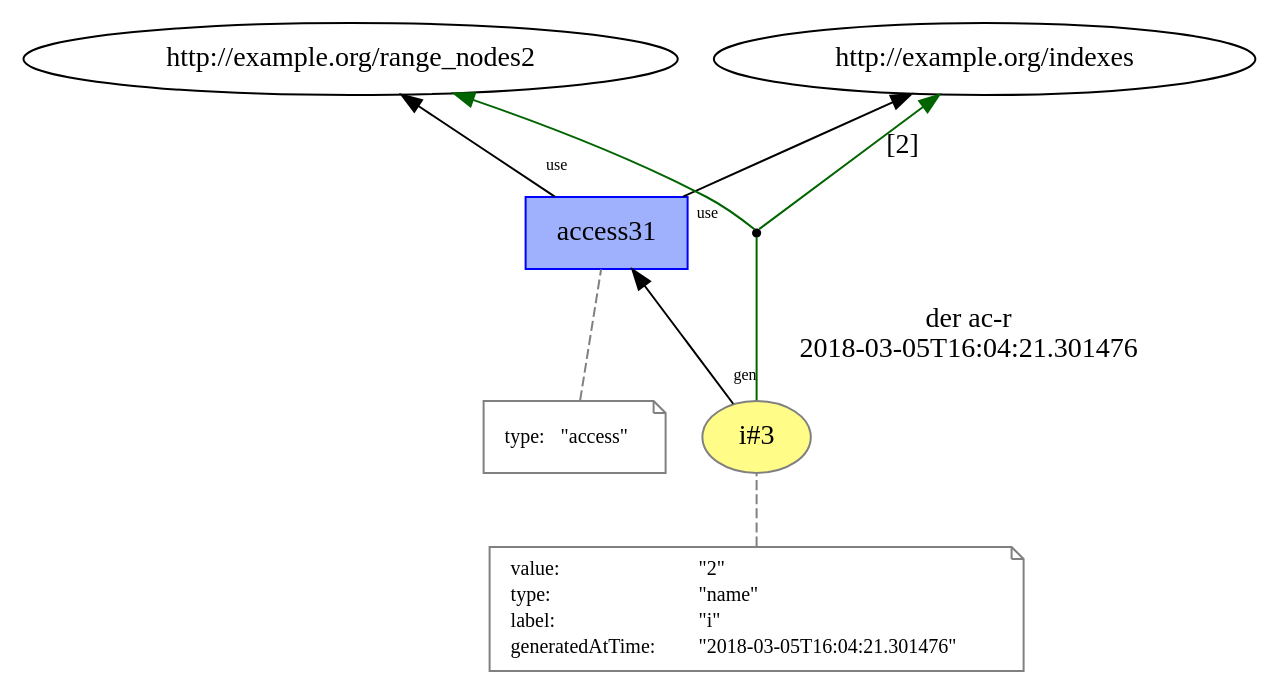
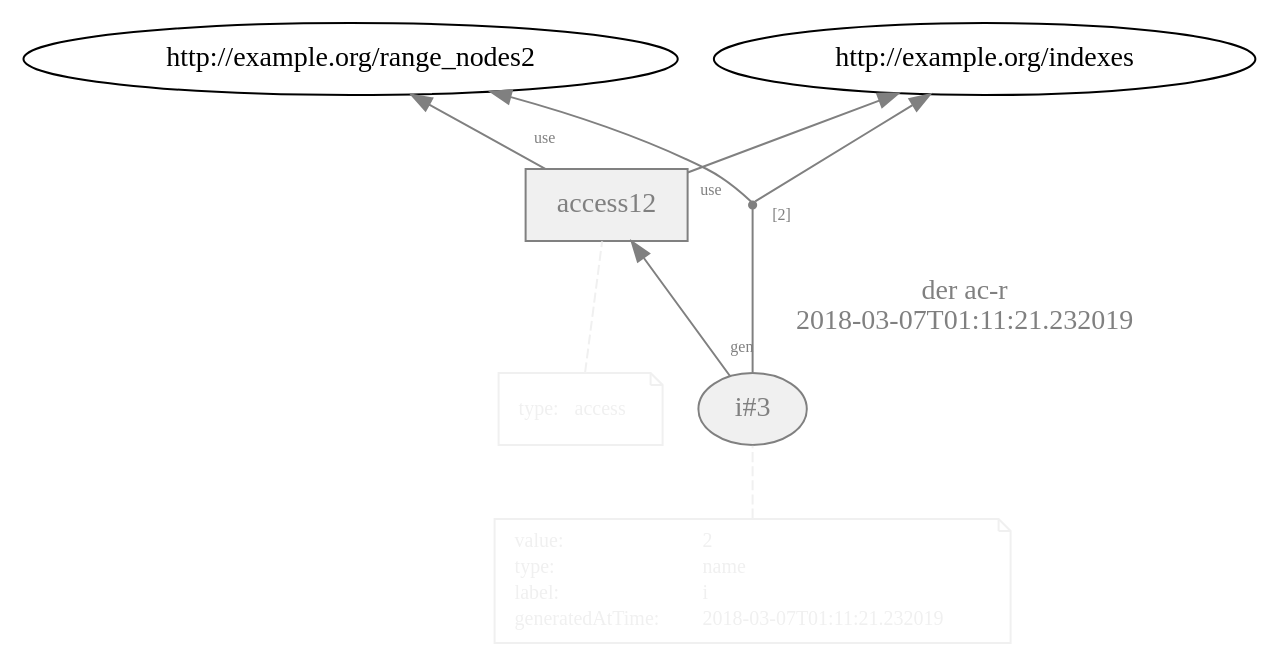
One commit to dew-uff/versioned-prov changed the diagram in images/versioned_prov/temp/L11__loop_access_3.dot. Above: the diagram before and after it, drawn with Graphviz. The commit also changed 580 other files, not shown here.

```diff
--- a/images/versioned_prov/temp/L11__loop_access_3.dot
+++ b/images/versioned_prov/temp/L11__loop_access_3.dot
@@ -1,38 +1,38 @@
 digraph "PROV" { size="16,12"; rankdir="BT";
-"http://example.org/i#3" [fillcolor="#FFFC87",color="#808080",style="filled",label="i#3",URL="http://example.org/i#3"]
-"-attrs0" [color="gray",shape="note",fontsize="10",fontcolor="black",label=<<TABLE cellpadding="0" border="0">
+"http://example.org/i#3" [fillcolor="#F0F0F0",color="gray",style="filled",label="i#3",URL="http://example.org/i#3",fontcolor="gray"]
+"-attrs0" [color="#F0F0F0",shape="note",fontsize="10",fontcolor="black",label=<<TABLE cellpadding="0" border="0">
 	<TR>
-	    <TD align="left">value:</TD>
-	    <TD align="left">&quot;2&quot;</TD>
+	    <TD align="left"><font color="#F0F0F0">value:</font></TD>
+	    <TD align="left"><font color="#F0F0F0">2</font></TD>
 	</TR>
 	<TR>
-	    <TD align="left">type:</TD>
-	    <TD align="left">&quot;name&quot;</TD>
+	    <TD align="left"><font color="#F0F0F0">type:</font></TD>
+	    <TD align="left"><font color="#F0F0F0">name</font></TD>
 	</TR>
 	<TR>
-	    <TD align="left">label:</TD>
-	    <TD align="left">&quot;i&quot;</TD>
+	    <TD align="left"><font color="#F0F0F0">label:</font></TD>
+	    <TD align="left"><font color="#F0F0F0">i</font></TD>
 	</TR>
 	<TR>
-	    <TD align="left">generatedAtTime:</TD>
-	    <TD align="left">&quot;2018-03-05T16:04:21.301476&quot;</TD>
+	    <TD align="left"><font color="#F0F0F0">generatedAtTime:</font></TD>
+	    <TD align="left"><font color="#F0F0F0">2018-03-07T01:11:21.232019</font></TD>
 	</TR>
 </TABLE>>]
-"-attrs0" -> "http://example.org/i#3" [color="gray",style="dashed",arrowhead="none"]
-"http://example.org/access31" [fillcolor="#9FB1FC",color="#0000FF",shape="polygon",sides="4",style="filled",label="access31",URL="http://example.org/access31"]
-"-attrs1" [color="gray",shape="note",fontsize="10",fontcolor="black",label=<<TABLE cellpadding="0" border="0">
+"-attrs0" -> "http://example.org/i#3" [color="#F0F0F0",style="dashed",arrowhead="none"]
+"http://example.org/access12" [fillcolor="#F0F0F0",color="gray",shape="polygon",sides="4",style="filled",label="access12",URL="http://example.org/access12",fontcolor="gray"]
+"-attrs1" [color="#F0F0F0",shape="note",fontsize="10",fontcolor="black",label=<<TABLE cellpadding="0" border="0">
 	<TR>
-	    <TD align="left">type:</TD>
-	    <TD align="left">&quot;access&quot;</TD>
+	    <TD align="left"><font color="#F0F0F0">type:</font></TD>
+	    <TD align="left"><font color="#F0F0F0">access</font></TD>
 	</TR>
 </TABLE>>]
-"-attrs1" -> "http://example.org/access31" [color="gray",style="dashed",arrowhead="none"]
-"http://example.org/access31" -> "http://example.org/range_nodes2" [labelfontsize="8",labeldistance="1.5",labelangle="60.0",rotation="20",taillabel="use"]
-"bn0" [shape="point",label=""]
+"-attrs1" -> "http://example.org/access12" [color="#F0F0F0",style="dashed",arrowhead="none"]
+"http://example.org/access12" -> "http://example.org/range_nodes2" [labelfontsize="8",labeldistance="1.5",labelangle="60.0",rotation="20",taillabel="use",fontcolor="gray",color="gray"]
+"bn0" [shape="point",label="",fontcolor="gray",color="gray"]
 "http://example.org/i#3" -> "bn0" [arrowhead="none",label="der ac-r
-2018-03-05T16:04:21.301476",color="darkgreen"]
-"bn0" -> "http://example.org/indexes" [labelfontsize="8",labeldistance="1.5",color="darkgreen",labelangle="60.0",rotation="20",label="[2]"]
-"bn0" -> "http://example.org/range_nodes2" [color="darkgreen"]
-"http://example.org/i#3" -> "http://example.org/access31" [labelfontsize="8",labeldistance="1.5",labelangle="60.0",rotation="20",taillabel="gen"]
-"http://example.org/access31" -> "http://example.org/indexes" [labelfontsize="8",labeldistance="1.5",labelangle="60.0",rotation="20",taillabel="use"]
+2018-03-07T01:11:21.232019",color="gray",fontcolor="gray"]
+"bn0" -> "http://example.org/indexes" [labelfontsize="8",labeldistance="1.5",labelangle="60.0",rotation="20",taillabel="[2]",fontcolor="gray",color="gray"]
+"bn0" -> "http://example.org/range_nodes2" [color="gray",fontcolor="gray"]
+"http://example.org/i#3" -> "http://example.org/access12" [labelfontsize="8",labeldistance="1.5",labelangle="60.0",rotation="20",taillabel="gen",fontcolor="gray",color="gray"]
+"http://example.org/access12" -> "http://example.org/indexes" [labelfontsize="8",labeldistance="1.5",labelangle="60.0",rotation="20",taillabel="use",fontcolor="gray",color="gray"]
 }
```
